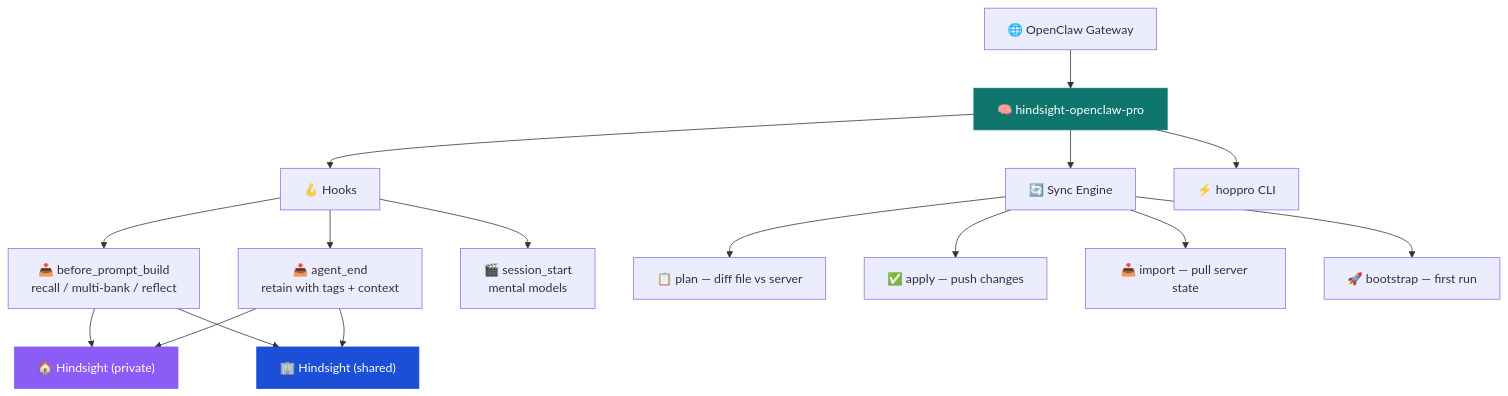
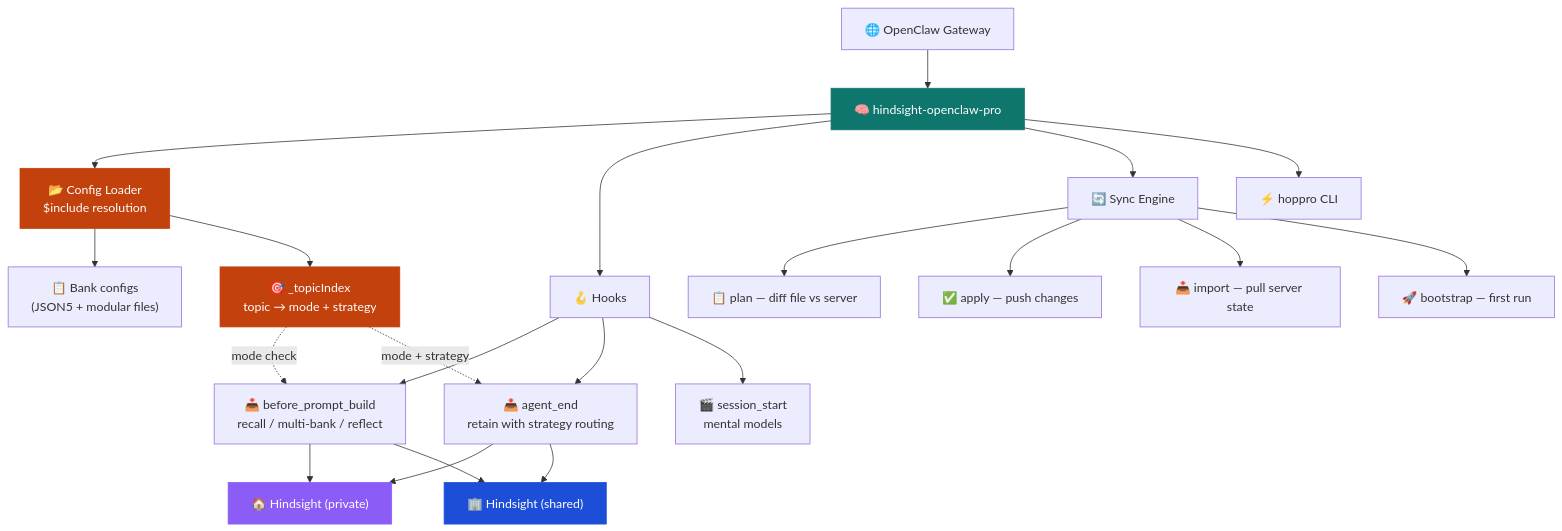
Before and after one commit to mrkhachaturov/hindclaw: the first of 3 diagrams in README.md, drawn with Mermaid. The commit also changed other lines of this file, not shown here.

First line of the commit message:
docs: update README with architecture diagram, example scenarios

````diff
--- a/README.md
+++ b/README.md
@@ -39,26 +39,35 @@
 ```mermaid
 graph TD
     GW["🌐 OpenClaw Gateway"] --> PLUGIN["🧠 hindsight-openclaw-pro"]
 
+    PLUGIN --> CONFIG["📂 Config Loader<br/>$include resolution"]
     PLUGIN --> HOOKS["🪝 Hooks"]
     PLUGIN --> SYNC["🔄 Sync Engine"]
     PLUGIN --> CLI["⚡ hoppro CLI"]
 
+    CONFIG --> BANKS["📋 Bank configs<br/>(JSON5 + modular files)"]
+    CONFIG --> INDEX["🎯 _topicIndex<br/>topic → mode + strategy"]
+
     HOOKS --> RECALL["📥 before_prompt_build<br/>recall / multi-bank / reflect"]
-    HOOKS --> RETAIN["📤 agent_end<br/>retain with tags + context"]
+    HOOKS --> RETAIN["📤 agent_end<br/>retain with strategy routing"]
     HOOKS --> SESSION["🎬 session_start<br/>mental models"]
+
+    INDEX -.->|mode check| RECALL
+    INDEX -.->|mode + strategy| RETAIN
 
     SYNC --> PLAN["📋 plan — diff file vs server"]
     SYNC --> APPLY["✅ apply — push changes"]
     SYNC --> IMPORT["📥 import — pull server state"]
     SYNC --> BOOTSTRAP["🚀 bootstrap — first run"]
 
     RECALL --> HS_HOME["🏠 Hindsight (private)"]
     RECALL --> HS_OFFICE["🏢 Hindsight (shared)"]
     RETAIN --> HS_HOME
     RETAIN --> HS_OFFICE
 
     style PLUGIN fill:#0f766e,color:#fff,stroke:#0f766e
+    style CONFIG fill:#c2410c,color:#fff,stroke:#c2410c
+    style INDEX fill:#c2410c,color:#fff,stroke:#c2410c
     style HS_HOME fill:#8b5cf6,color:#fff,stroke:#8b5cf6
     style HS_OFFICE fill:#1d4ed8,color:#fff,stroke:#1d4ed8
 ```
````
